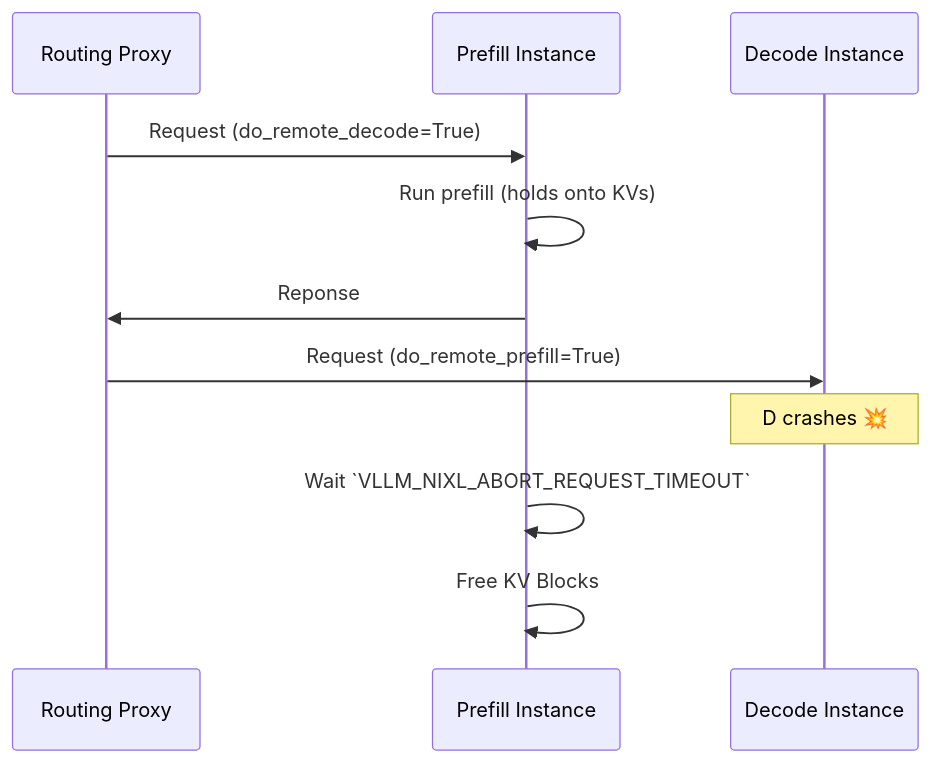
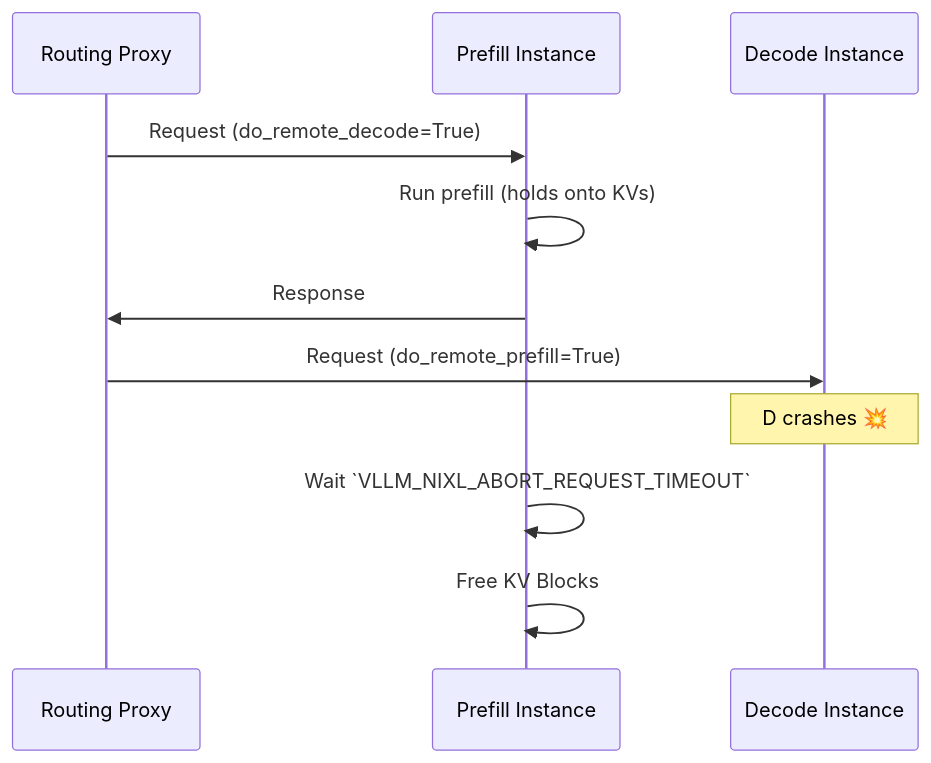
One commit to llm-d/llm-d changed the fourth of 4 diagrams in docs/wip-docs-new/architecture/advanced/disaggregation/operations-vllm.md. Above: the diagram before and after it, drawn with Mermaid. The commit also changed other lines of this file and 3 other files, not shown here.

````diff
--- a/docs/wip-docs-new/architecture/advanced/disaggregation/operations-vllm.md
+++ b/docs/wip-docs-new/architecture/advanced/disaggregation/operations-vllm.md
@@ -157,16 +157,16 @@
 ```mermaid
 sequenceDiagram
     participant R as Routing Proxy
     participant P as Prefill Instance
     participant D as Decode Instance
 
     R->>P: Request (do_remote_decode=True)
     P->>P: Run prefill (holds onto KVs)
-    P->>R: Reponse
+    P->>R: Response
 
     R->>D: Request (do_remote_prefill=True)
     note over D: D crashes 💥
 
     P->>P: Wait `VLLM_NIXL_ABORT_REQUEST_TIMEOUT`
     P->>P: Free KV Blocks
 ```
````
